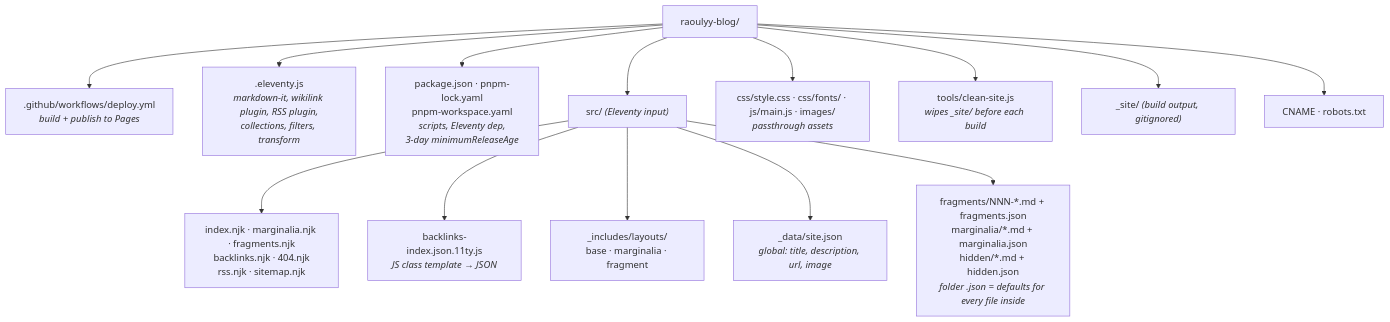
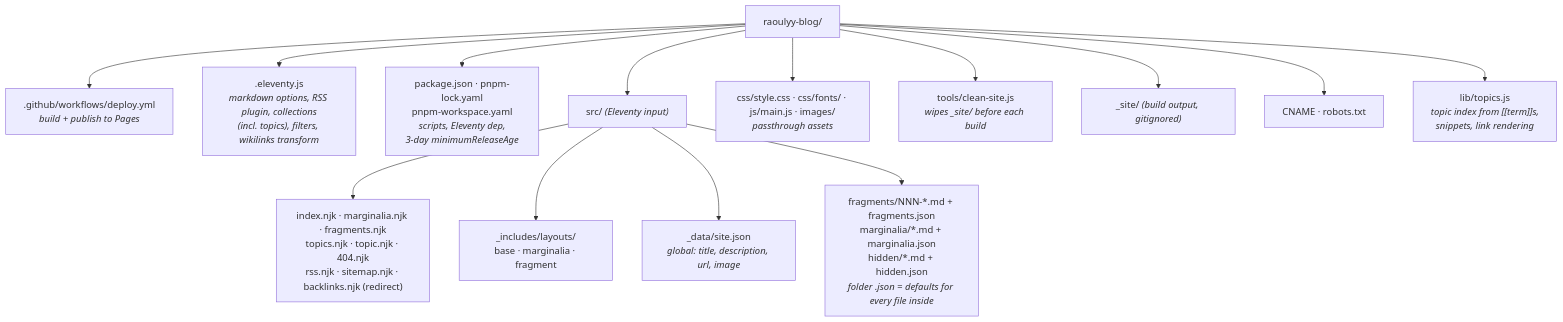
Before and after one commit to raoul-g/raoulyy-blog: the second of 9 diagrams in ARCHITECTURE.md, drawn with Mermaid. The commit also changed other lines of this file and 11 other files, not shown here.

First line of the commit message:
replace backlinks with static topic pages

````diff
--- a/ARCHITECTURE.md
+++ b/ARCHITECTURE.md
@@ -53,19 +52,19 @@
 ```mermaid
 flowchart TB
     ROOT["raoulyy-blog/"]
 
     ROOT --> WF[".github/workflows/deploy.yml<br/><i>build + publish to Pages</i>"]
-    ROOT --> CFG[".eleventy.js<br/><i>markdown-it, wikilink plugin, RSS plugin,<br/>collections, filters, transform</i>"]
+    ROOT --> CFG[".eleventy.js<br/><i>markdown options, RSS plugin, collections<br/>(incl. topics), filters, wikilinks transform</i>"]
     ROOT --> PKG["package.json · pnpm-lock.yaml<br/>pnpm-workspace.yaml<br/><i>scripts, Eleventy dep,<br/>3-day minimumReleaseAge</i>"]
     ROOT --> SRC["src/ <i>(Eleventy input)</i>"]
     ROOT --> ASSETS["css/style.css · css/fonts/ · js/main.js · images/<br/><i>passthrough assets</i>"]
     ROOT --> TOOLS["tools/clean-site.js<br/><i>wipes _site/ before each build</i>"]
     ROOT --> OUT["_site/ <i>(build output, gitignored)</i>"]
     ROOT --> MISC["CNAME · robots.txt"]
 
-    SRC --> PAGES_["index.njk · marginalia.njk · fragments.njk<br/>backlinks.njk · 404.njk<br/>rss.njk · sitemap.njk"]
-    SRC --> JSONT["backlinks-index.json.11ty.js<br/><i>JS class template → JSON</i>"]
+    SRC --> PAGES_["index.njk · marginalia.njk · fragments.njk<br/>topics.njk · topic.njk · 404.njk<br/>rss.njk · sitemap.njk · backlinks.njk (redirect)"]
+    ROOT --> LIB["lib/topics.js<br/><i>topic index from [[term]]s,<br/>snippets, link rendering</i>"]
     SRC --> LAYOUTS["_includes/layouts/<br/>base · marginalia · fragment"]
     SRC --> DATA["_data/site.json<br/><i>global: title, description, url, image</i>"]
     SRC --> CONTENT["fragments/NNN-*.md + fragments.json<br/>marginalia/*.md + marginalia.json<br/>hidden/*.md + hidden.json<br/><i>folder .json = defaults for every file inside</i>"]
 ```
````
